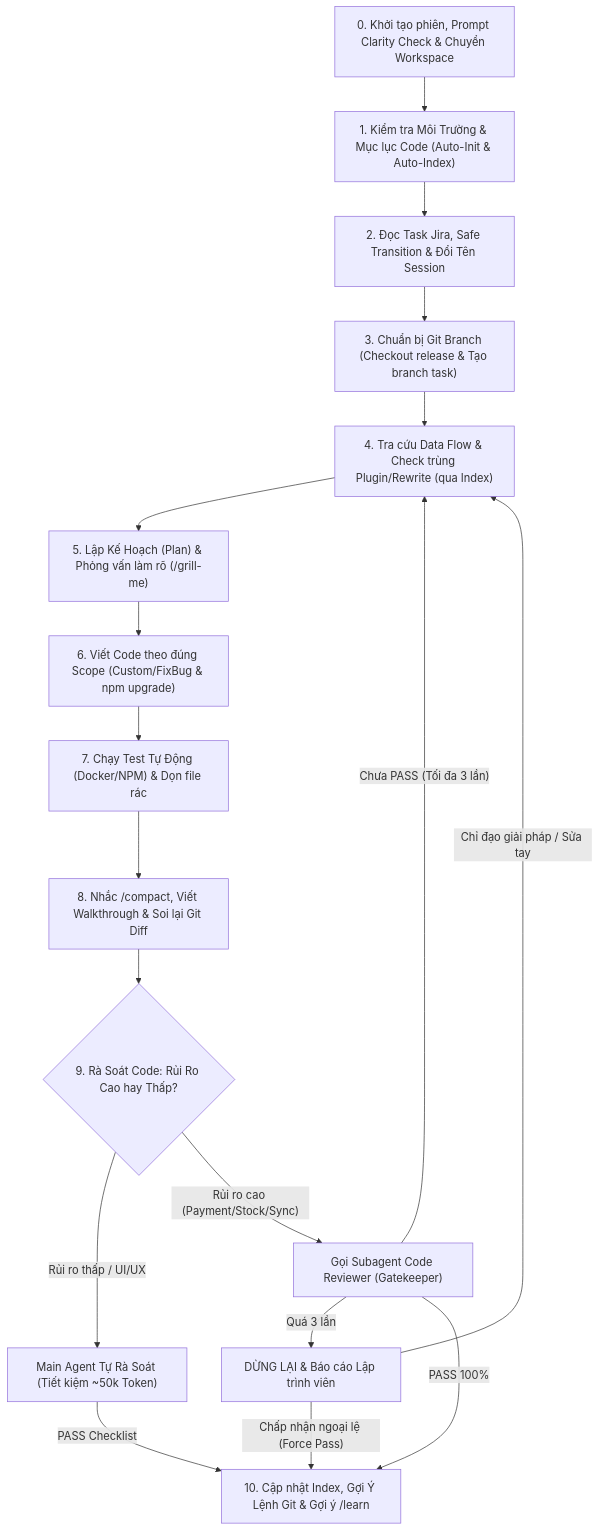
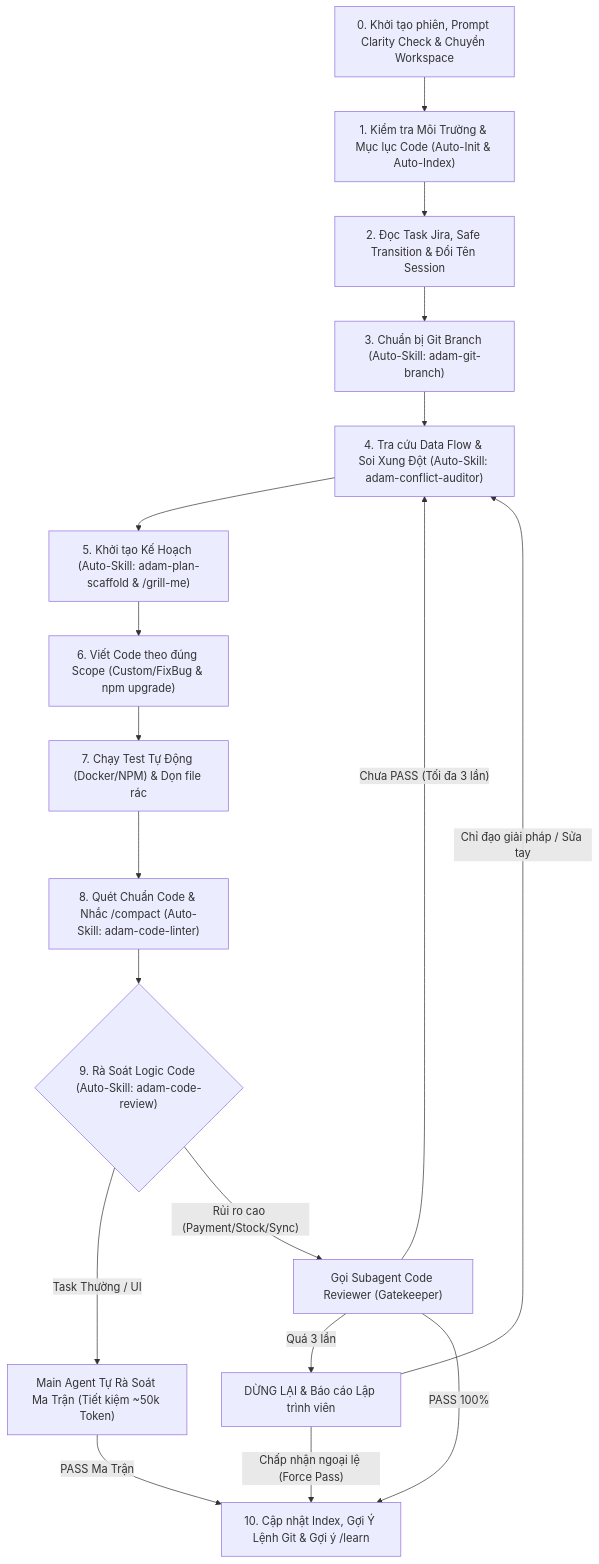
One commit to adamphh/study-ai-antigravity-skills changed the diagram in rules/user-workflow-and-goals.md. Above: the diagram before and after it, drawn with Mermaid. The commit also changed other lines of this file and 8 other files, not shown here.

Commit message:
feat(skills): implement git-branch, conflict-auditor, plan-scaffold, and code-review skills with enforced workflow integration

````diff
--- a/rules/user-workflow-and-goals.md
+++ b/rules/user-workflow-and-goals.md
@@ -19,20 +19,20 @@
 ```mermaid
 flowchart TD
     A["0. Khởi tạo phiên, Prompt Clarity Check & Chuyển Workspace"] --> B["1. Kiểm tra Môi Trường & Mục lục Code (Auto-Init & Auto-Index)"]
     B --> C["2. Đọc Task Jira, Safe Transition & Đổi Tên Session"]
-    C --> D["3. Chuẩn bị Git Branch (Checkout release & Tạo branch task)"]
-    D --> E["4. Tra cứu Data Flow & Check trùng Plugin/Rewrite (qua Index)"]
-    E --> F["5. Lập Kế Hoạch (Plan) & Phỏng vấn làm rõ (/grill-me)"]
+    C --> D["3. Chuẩn bị Git Branch (Auto-Skill: adam-git-branch)"]
+    D --> E["4. Tra cứu Data Flow & Soi Xung Đột (Auto-Skill: adam-conflict-auditor)"]
+    E --> F["5. Khởi tạo Kế Hoạch (Auto-Skill: adam-plan-scaffold & /grill-me)"]
     F --> G["6. Viết Code theo đúng Scope (Custom/FixBug & npm upgrade)"]
     G --> H["7. Chạy Test Tự Động (Docker/NPM) & Dọn file rác"]
-    H --> I["8. Nhắc /compact, Viết Walkthrough & Soi lại Git Diff"]
-    I --> J{"9. Rà Soát Code: Rủi Ro Cao hay Thấp?"}
-    J -- "Rủi ro thấp / UI/UX" --> J1["Main Agent Tự Rà Soát (Tiết kiệm ~50k Token)"]
+    H --> I["8. Quét Chuẩn Code & Nhắc /compact (Auto-Skill: adam-code-linter)"]
+    I --> J{"9. Rà Soát Logic Code (Auto-Skill: adam-code-review)"}
+    J -- "Task Thường / UI" --> J1["Main Agent Tự Rà Soát Ma Trận (Tiết kiệm ~50k Token)"]
     J -- "Rủi ro cao (Payment/Stock/Sync)" --> J2["Gọi Subagent Code Reviewer (Gatekeeper)"]
     J2 -- "Chưa PASS (Tối đa 3 lần)" --> E
     J2 -- "Quá 3 lần" --> ESC["DỪNG LẠI & Báo cáo Lập trình viên"]
     ESC -- "Chỉ đạo giải pháp / Sửa tay" --> E
     ESC -- "Chấp nhận ngoại lệ (Force Pass)" --> K["10. Cập nhật Index, Gợi Ý Lệnh Git & Gợi ý /learn"]
-    J1 -- "PASS Checklist" --> K
+    J1 -- "PASS Ma Trận" --> K
     J2 -- "PASS 100%" --> K
 ```
````
